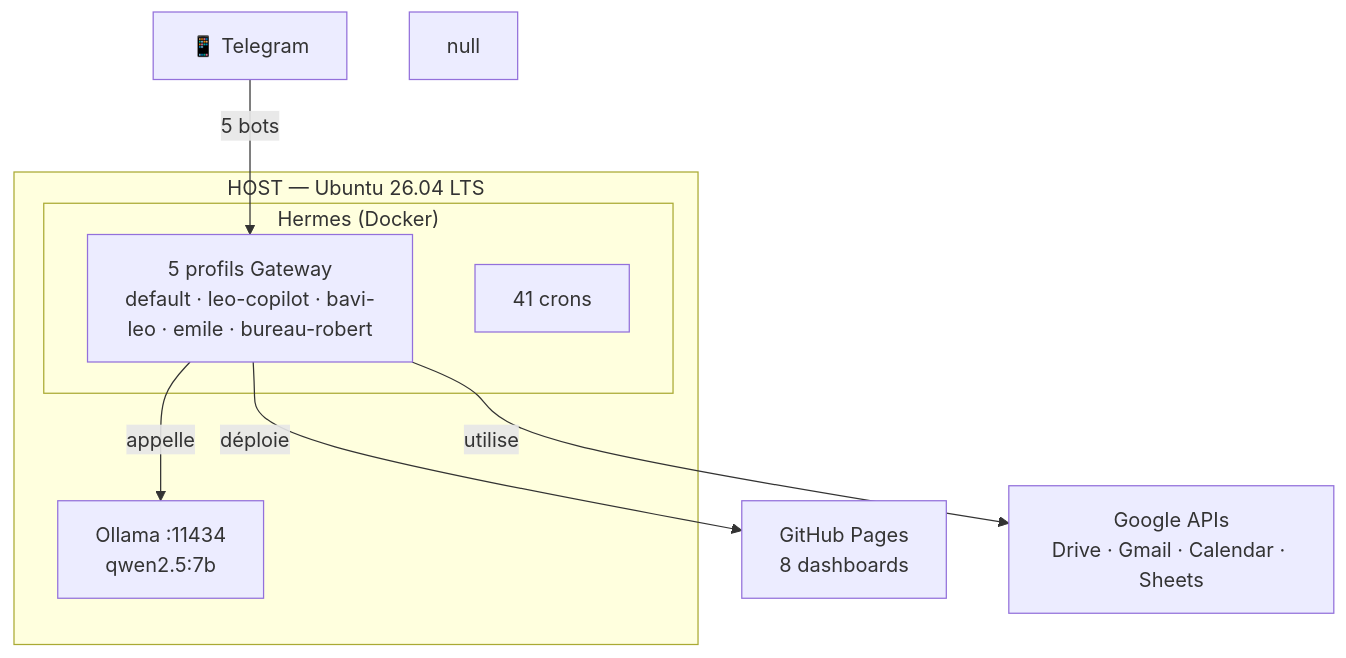
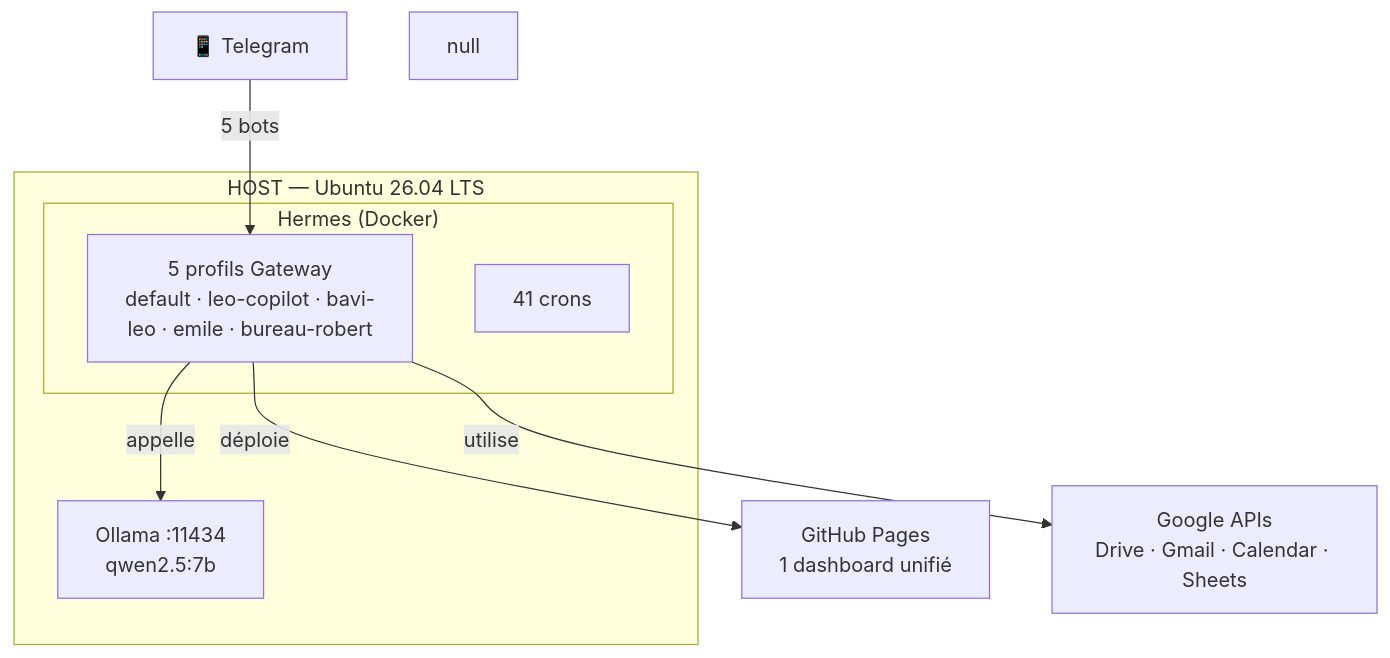
The diagram in docs/hermes/installation/linux.md (christophedanhier-hash/hermes-wiki), drawn with Mermaid before and after one commit. The commit also changed other lines of this file and 55 other files, not shown here.

````diff
--- a/docs/hermes/installation/linux.md
+++ b/docs/hermes/installation/linux.md
@@ -127,16 +127,16 @@
 ```mermaid
 graph TB
     subgraph HOST["HOST — Ubuntu 26.04 LTS"]
         Ollama["Ollama :11434<br/>qwen2.5:7b"]
         subgraph Docker["Hermes (Docker)"]
             GW["5 profils Gateway<br/>default · leo-copilot · bavi-leo · emile · bureau-robert"]
             Crons["41 crons"]
         end
     end
     
     Telegram["📱 Telegram"] -->|"5 bots"| GW
-    GW -->|"déploie"| GH["GitHub Pages<br/>8 dashboards"]
+    GW -->|"déploie"| GH["GitHub Pages<br/>1 dashboard unifié"]
     GW -->|"utilise"| Google["Google APIs<br/>Drive · Gmail · Calendar · Sheets"]
     GW -->|"appelle"| Ollama
     null
 ```
````
